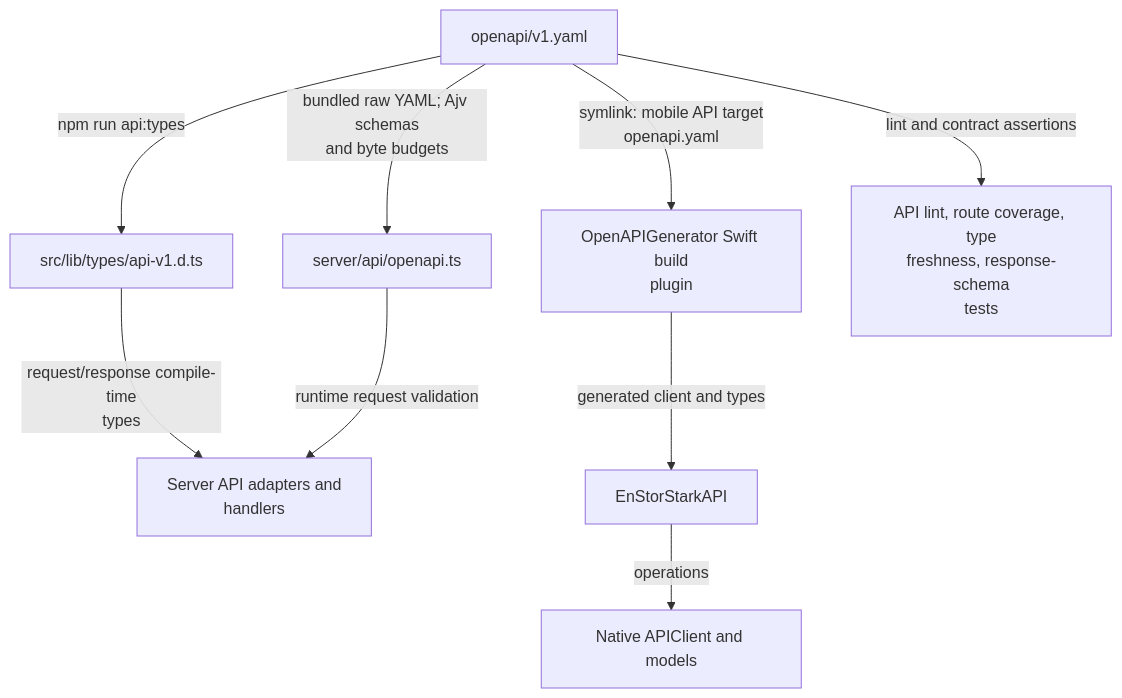
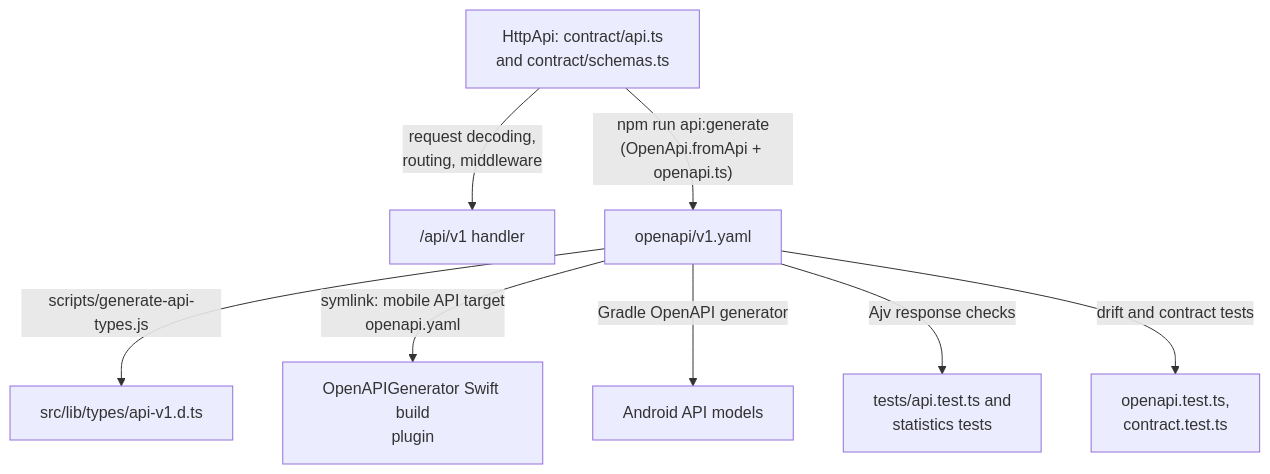
Before and after one commit to jonathan-lindqvist/enstorstarkreview: the diagram in openapi/README.md, drawn with Mermaid. The commit also changed other lines of this file and 21 other files, not shown here.

Commit message:
docs: describe the Effect runtime, HttpApi and test layers

````diff
--- a/openapi/README.md
+++ b/openapi/README.md
@@ -11,11 +12,10 @@
 ```mermaid
 flowchart TD
-    Spec["openapi/v1.yaml"] -->|"npm run api:types"| TS["src/lib/types/api-v1.d.ts"]
-    TS -->|"request/response compile-time<br/>types"| Adapters["Server API adapters and<br/>handlers"]
-    Spec -->|"bundled raw YAML; Ajv schemas<br/>and byte budgets"| Runtime["server/api/openapi.ts"]
-    Runtime -->|"runtime request validation"| Adapters
+    Api["HttpApi: contract/api.ts<br/>and contract/schemas.ts"] -->|"request decoding,<br/>routing, middleware"| Server["/api/v1 handler"]
+    Api -->|"npm run api:generate<br/>(OpenApi.fromApi + openapi.ts)"| Spec["openapi/v1.yaml"]
+    Spec -->|"scripts/generate-api-types.js"| TS["src/lib/types/api-v1.d.ts"]
     Spec -->|"symlink: mobile API target<br/>openapi.yaml"| Swift["OpenAPIGenerator Swift build<br/>plugin"]
-    Swift -->|"generated client and types"| Client["EnStorStarkAPI"]
-    Client -->|"operations"| Models["Native APIClient and models"]
-    Spec -->|"lint and contract assertions"| Tests["API lint, route coverage, type<br/>freshness, response-schema<br/>tests"]
+    Spec -->|"Gradle OpenAPI generator"| Kotlin["Android API models"]
+    Spec -->|"Ajv response checks"| Playwright["tests/api.test.ts and<br/>statistics tests"]
+    Spec -->|"drift and contract tests"| Unit["openapi.test.ts,<br/>contract.test.ts"]
 ```
````
